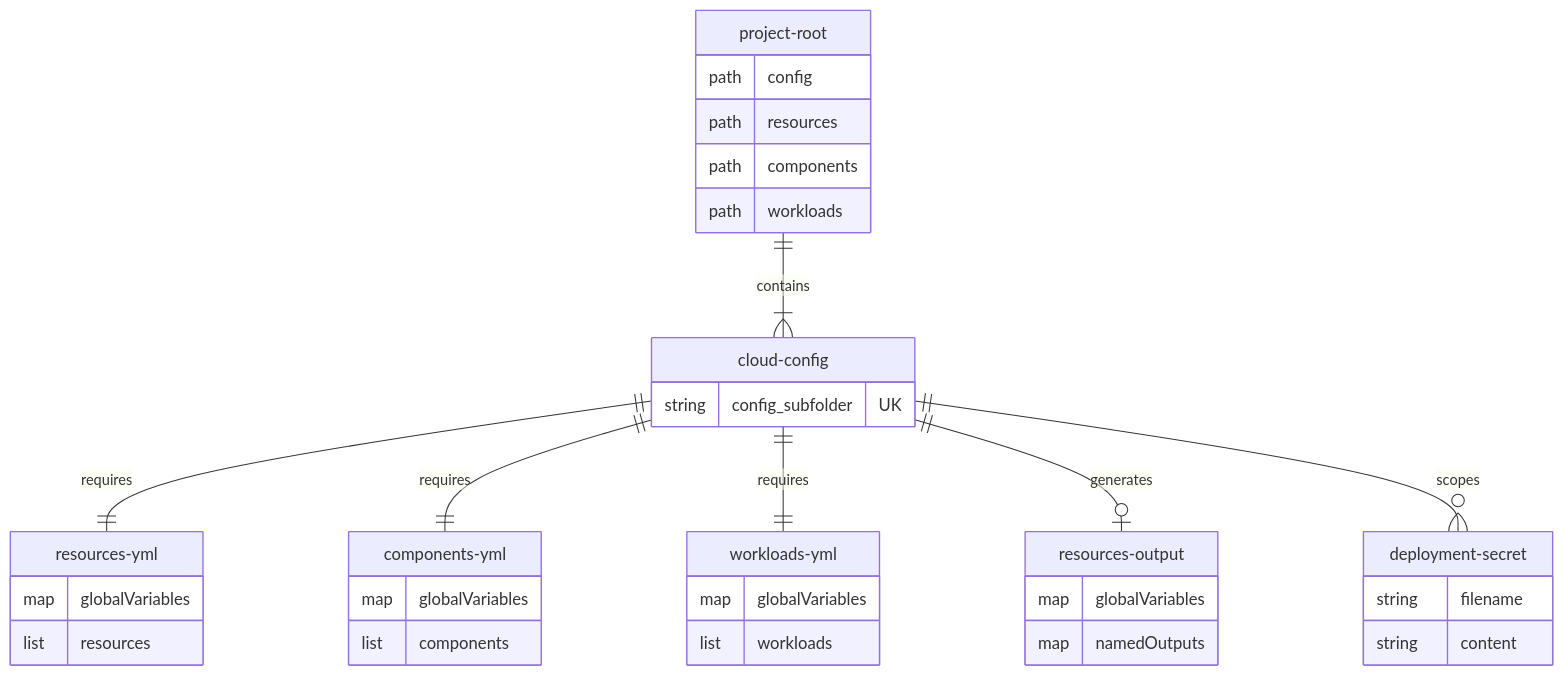
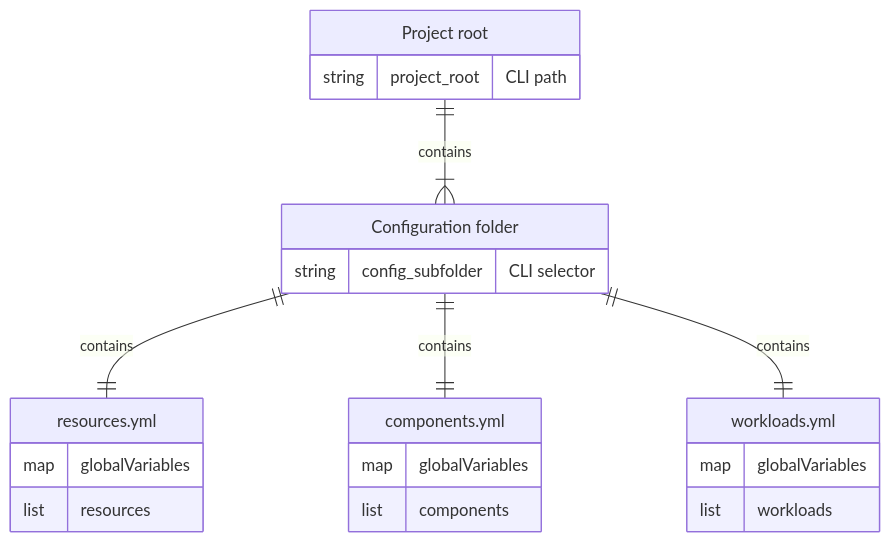
The first of 3 diagrams in docs/design/05-data-model.md (alissonsol/yuruna), drawn with Mermaid before and after one commit. The commit also changed other lines of this file and 763 other files, not shown here.

````diff
--- a/docs/design/05-data-model.md
+++ b/docs/design/05-data-model.md
@@ -13,39 +19,25 @@
 ```mermaid
 erDiagram
-    project-root ||--|{ cloud-config : contains
-    cloud-config ||--|| resources-yml : requires
-    cloud-config ||--|| components-yml : requires
-    cloud-config ||--|| workloads-yml : requires
-    cloud-config ||--o| resources-output : generates
-    cloud-config ||--o{ deployment-secret : scopes
-
-    project-root {
-        path config
-        path resources
-        path components
-        path workloads
+    project-root["Project root"] {
+        string project_root "CLI path"
     }
-    cloud-config {
-        string config_subfolder UK
+    config-subfolder["Configuration folder"] {
+        string config_subfolder "CLI selector"
     }
-    resources-yml {
+    resources-yml["resources.yml"] {
         map globalVariables
         list resources
     }
-    components-yml {
+    components-yml["components.yml"] {
         map globalVariables
         list components
     }
-    workloads-yml {
+    workloads-yml["workloads.yml"] {
         map globalVariables
         list workloads
     }
-    resources-output {
-        map globalVariables
-        map namedOutputs
-    }
-    deployment-secret {
-        string filename
-        string content
-    }
+    project-root ||--|{ config-subfolder : contains
+    config-subfolder ||--|| resources-yml : contains
+    config-subfolder ||--|| components-yml : contains
+    config-subfolder ||--|| workloads-yml : contains
 ```
````
